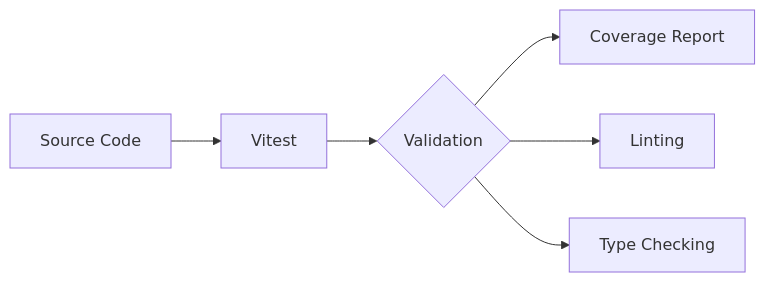
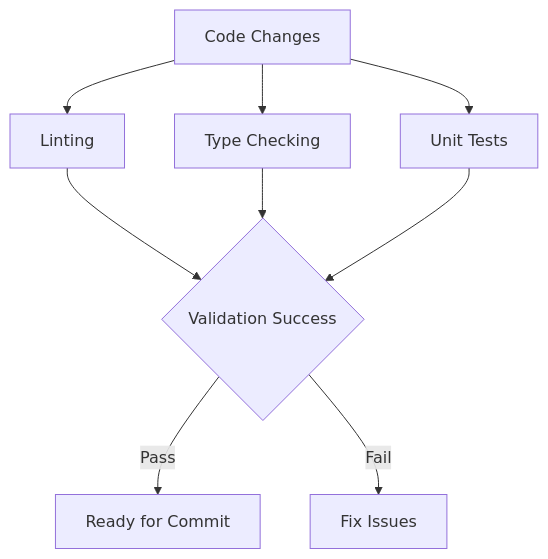
The fourth of 5 diagrams in .codebuddy/docs/10-development.md (Zeeeepa/code-buddy), drawn with Mermaid before and after one commit. The commit also changed other lines of this file and 29 other files, not shown here.

````diff
--- a/.codebuddy/docs/10-development.md
+++ b/.codebuddy/docs/10-development.md
@@ -248,8 +258,9 @@
 ```mermaid
-graph LR
-    A[Source Code] --> B[Vitest]
-    B --> C{Validation}
-    C --> D[Coverage Report]
-    C --> E[Linting]
-    C --> F[Type Checking]
+graph TD
+    A[Code Changes] --> B[Linting]
+    A --> C[Type Checking]
+    A --> D[Unit Tests]
+    B & C & D --> E{Validation Success}
+    E -->|Pass| F[Ready for Commit]
+    E -->|Fail| G[Fix Issues]
 ```
````
